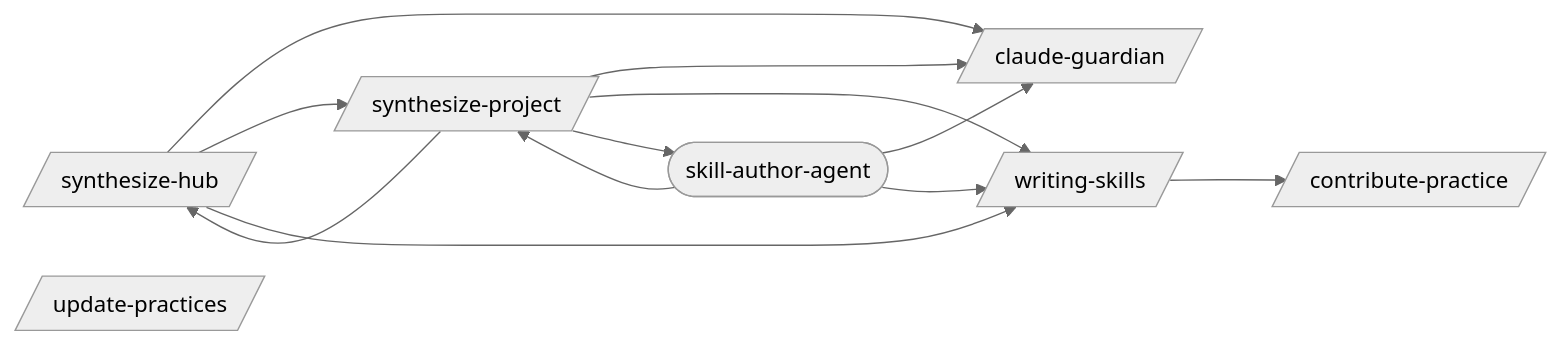
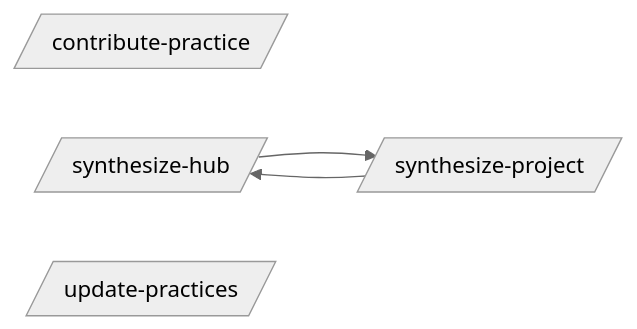
The first of 2 diagrams in docs/workflows/hub-sync.md (abhayla/claude-best-practices), drawn with Mermaid (neutral theme) before and after one commit. The commit also changed other lines of this file and 11 other files, not shown here.

````diff
--- a/docs/workflows/hub-sync.md
+++ b/docs/workflows/hub-sync.md
@@ -9,21 +9,9 @@
 ```mermaid
 graph LR
-    claude_guardian[/claude-guardian/]
     contribute_practice[/contribute-practice/]
     synthesize_hub[/synthesize-hub/]
     synthesize_project[/synthesize-project/]
     update_practices[/update-practices/]
-    writing_skills[/writing-skills/]
-    skill_author_agent([skill-author-agent])
-    synthesize_project --> claude_guardian
     synthesize_project --> synthesize_hub
-    synthesize_project --> writing_skills
-    synthesize_project --> skill_author_agent
-    writing_skills --> contribute_practice
-    synthesize_hub --> claude_guardian
     synthesize_hub --> synthesize_project
-    synthesize_hub --> writing_skills
-    skill_author_agent --> claude_guardian
-    skill_author_agent --> synthesize_project
-    skill_author_agent --> writing_skills
 ```
````
